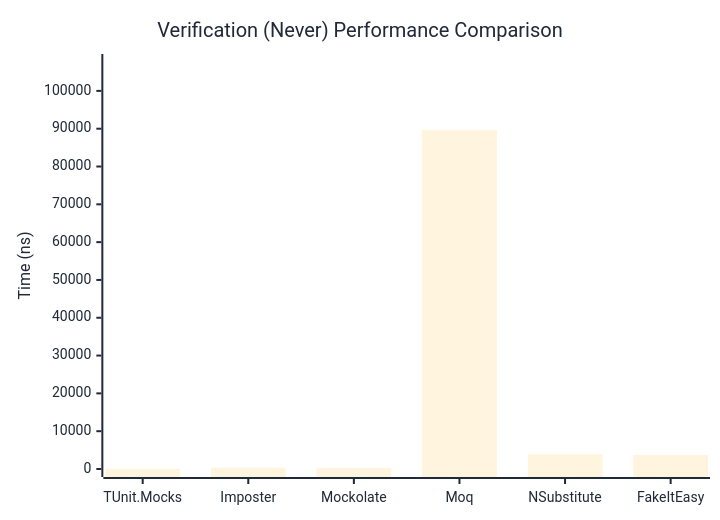
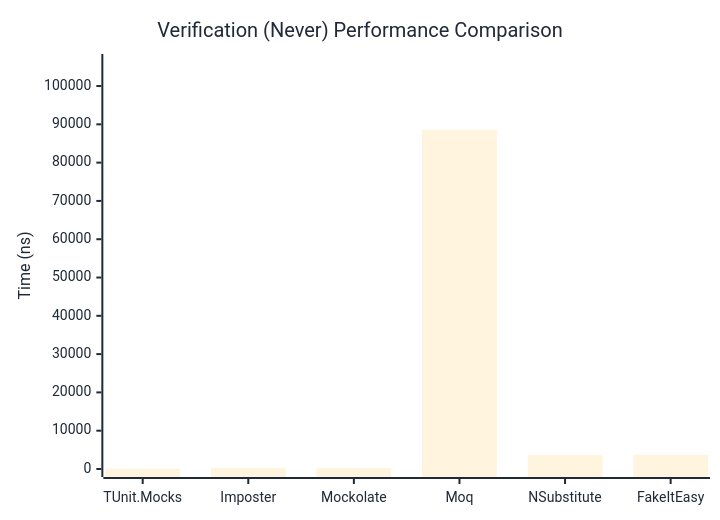
Before and after one commit to thomhurst/TUnit: the second of 3 diagrams in docs/docs/benchmarks/mocks/Verification.md, drawn with Mermaid. The commit also changed other lines of this file and 14 other files, not shown here.

````diff
--- a/docs/docs/benchmarks/mocks/Verification.md
+++ b/docs/docs/benchmarks/mocks/Verification.md
@@ -71,27 +71,27 @@
 ```mermaid
 %%{init: {
   'theme':'base',
   'themeVariables': {
     'primaryColor': '#2563eb',
     'primaryTextColor': '#1f2937',
     'primaryBorderColor': '#1e40af',
     'lineColor': '#6b7280',
     'secondaryColor': '#7c3aed',
     'tertiaryColor': '#dc2626',
     'background': '#ffffff',
     'pie1': '#2563eb',
     'pie2': '#7c3aed',
     'pie3': '#dc2626',
     'pie4': '#f59e0b',
     'pie5': '#10b981',
     'pie6': '#06b6d4',
     'pie7': '#ec4899',
     'pie8': '#6366f1'
   }
 }}%%
 xychart-beta
   title "Verification (Never) Performance Comparison"
   x-axis ["TUnit.Mocks", "Imposter", "Mockolate", "Moq", "NSubstitute", "FakeItEasy"]
-  y-axis "Time (ns)" 0 --> 107640
-  bar [56.39, 354.2, 254.05, 89699.75, 3867.83, 3712.18]
+  y-axis "Time (ns)" 0 --> 106277
+  bar [52.76, 305.87, 231.07, 88564.13, 3667.71, 3678.84]
 ```
````
